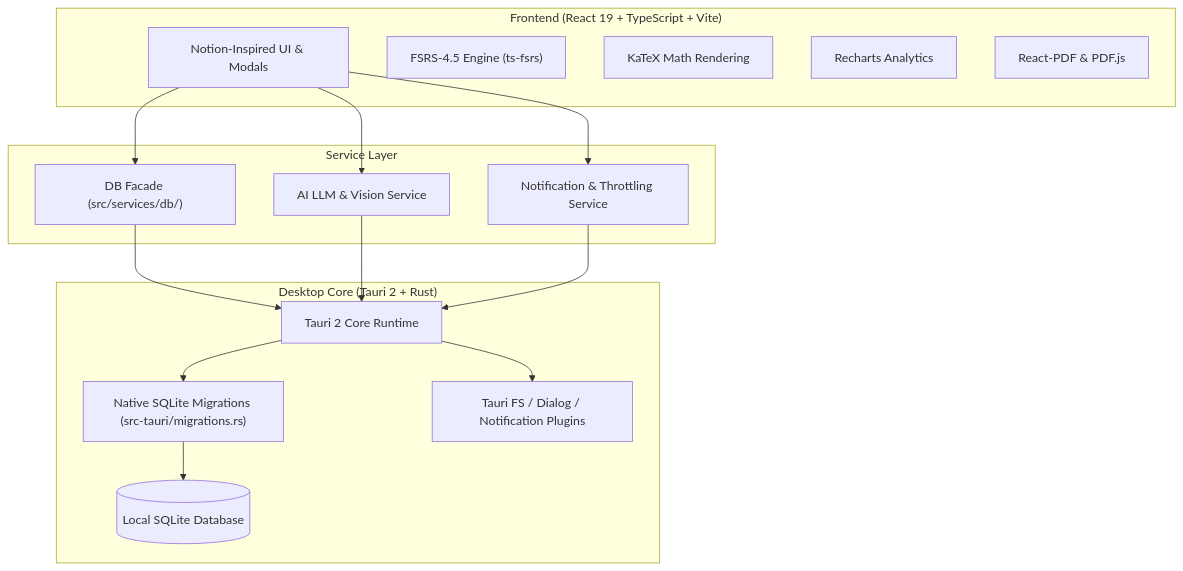
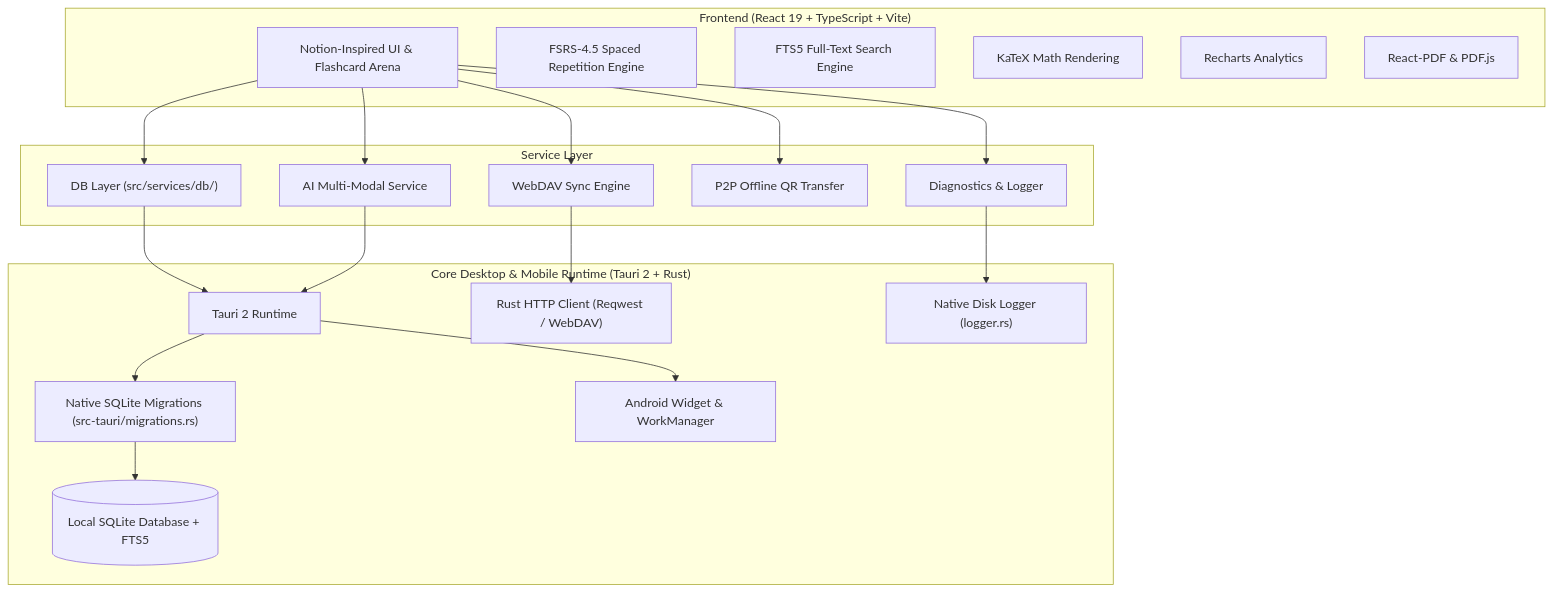
One commit to Xeb-Dev/Oxide_Deck changed the diagram in README.md. Above: the diagram before and after it, drawn with Mermaid. The commit also changed other lines of this file, not shown here.

````diff
--- a/README.md
+++ b/README.md
@@ -77,33 +119,41 @@
 ```mermaid
 graph TD
     subgraph Frontend ["Frontend (React 19 + TypeScript + Vite)"]
-        UI["Notion-Inspired UI & Modals"]
-        SRS["FSRS-4.5 Engine (ts-fsrs)"]
+        UI["Notion-Inspired UI & Flashcard Arena"]
+        SRS["FSRS-4.5 Spaced Repetition Engine"]
+        FTS["FTS5 Full-Text Search Engine"]
         Katex["KaTeX Math Rendering"]
         Charts["Recharts Analytics"]
         PDFEngine["React-PDF & PDF.js"]
     end
 
     subgraph ServiceLayer ["Service Layer"]
-        DBFacade["DB Facade (src/services/db/)"]
-        LLMService["AI LLM & Vision Service"]
-        NotifService["Notification & Throttling Service"]
+        DBFacade["DB Layer (src/services/db/)"]
+        LLMService["AI Multi-Modal Service"]
+        SyncEngine["WebDAV Sync Engine"]
+        QRService["P2P Offline QR Transfer"]
+        Logger["Diagnostics & Logger"]
     end
 
-    subgraph DesktopBackend ["Desktop Core (Tauri 2 + Rust)"]
-        TauriCore["Tauri 2 Core Runtime"]
+    subgraph CoreRuntime ["Core Desktop & Mobile Runtime (Tauri 2 + Rust)"]
+        TauriCore["Tauri 2 Runtime"]
         Migrations["Native SQLite Migrations (src-tauri/migrations.rs)"]
-        SQLiteDB[("Local SQLite Database")]
-        Plugins["Tauri FS / Dialog / Notification Plugins"]
+        SQLiteDB[("Local SQLite Database + FTS5")]
+        NativeHTTP["Rust HTTP Client (Reqwest / WebDAV)"]
+        NativeLogger["Native Disk Logger (logger.rs)"]
+        AndroidWidget["Android Widget & WorkManager"]
     end
 
     UI --> DBFacade
     UI --> LLMService
-    UI --> NotifService
+    UI --> SyncEngine
+    UI --> QRService
+    UI --> Logger
     DBFacade --> TauriCore
     LLMService --> TauriCore
-    NotifService --> TauriCore
+    SyncEngine --> NativeHTTP
+    Logger --> NativeLogger
     TauriCore --> Migrations
     Migrations --> SQLiteDB
-    TauriCore --> Plugins
+    TauriCore --> AndroidWidget
 ```
````
